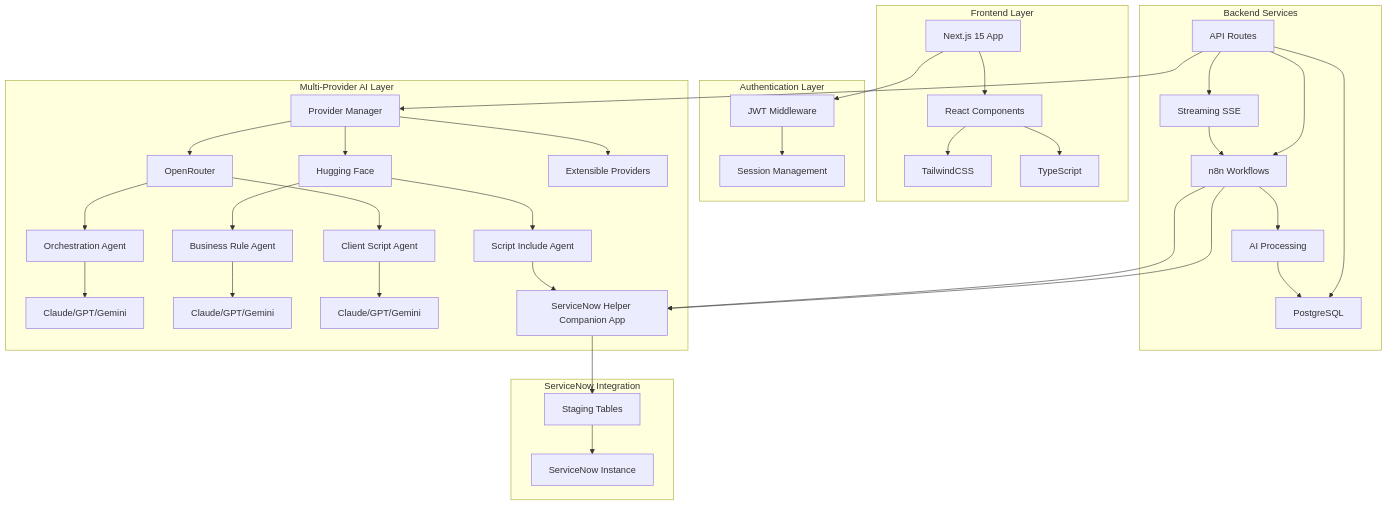
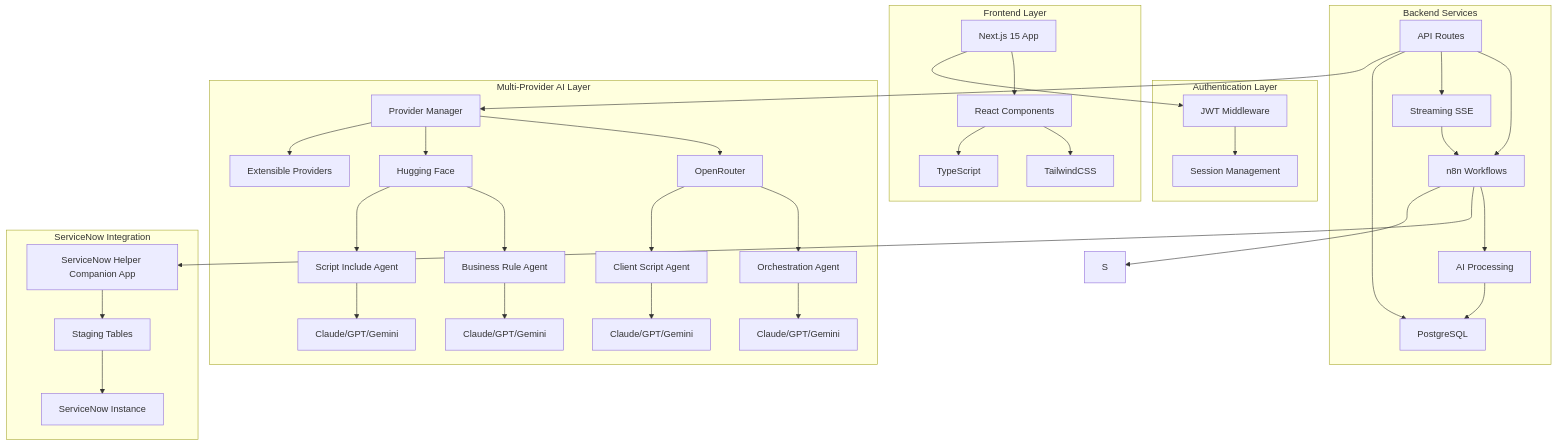
One commit to DanielMadsenDK/servicenow-helper changed the first of 2 diagrams in README.md. Above: the diagram before and after it, drawn with Mermaid.

Commit message:
Update ServiceNow integration references in README

````diff
--- a/README.md
+++ b/README.md
@@ -65,45 +65,45 @@
 ```mermaid
 graph TB
     subgraph "Frontend Layer"
         A[Next.js 15 App] --> B[React Components]
         B --> C[TailwindCSS]
         B --> D[TypeScript]
     end
     
     subgraph "Authentication Layer"
         E[JWT Middleware] --> F[Session Management]
     end
     
     subgraph "Backend Services"
         H[API Routes] --> I[n8n Workflows]
         H --> G[Streaming SSE]
         I --> J[AI Processing]
         G --> I
         H --> K[PostgreSQL]
     end
     
     subgraph "Multi-Provider AI Layer"
         L[Provider Manager] --> OR[OpenRouter]
         L --> HF[Hugging Face]
         L --> EX[Extensible Providers]
         OR --> M[Orchestration Agent]
         HF --> N[Business Rule Agent]
         OR --> O[Client Script Agent]
         HF --> SI[Script Include Agent]
         M --> P[Claude/GPT/Gemini]
         N --> Q[Claude/GPT/Gemini]
         O --> R[Claude/GPT/Gemini]
-        SI --> S[Claude/GPT/Gemini]
+        SI --> SIM[Claude/GPT/Gemini]
     end
-    
+
     subgraph "ServiceNow Integration"
-        S[ServiceNow Helper Companion App] --> T[Staging Tables]
+        SN[ServiceNow Helper Companion App] --> T[Staging Tables]
         T --> U[ServiceNow Instance]
-        I --> S
+        I --> SN
     end
     
     A --> E
     H --> L
     J --> K
     I --> S
 ```
````
